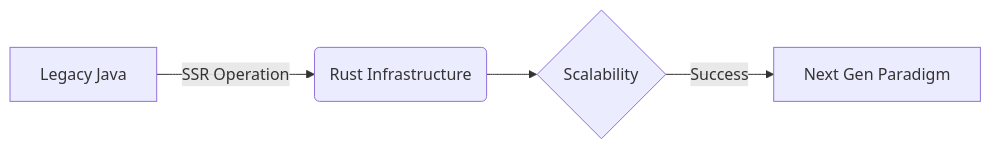
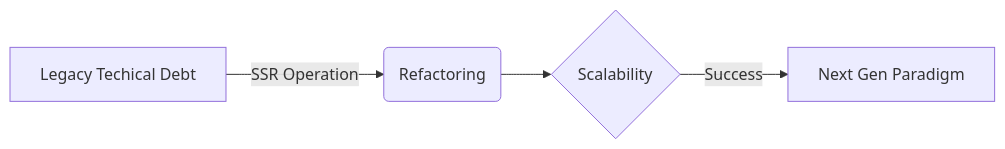
The diagram in README.md (sinwulok/sinwulok), drawn with Mermaid before and after one commit.

````diff
--- a/README.md
+++ b/README.md
@@ -25,8 +25,8 @@
 ```mermaid
 graph LR
 
-    A[Legacy Java] -- SSR Operation --> B(Rust Infrastructure)
+    A[Legacy Techical Debt] -- SSR Operation --> B(Refactoring)
     B --> C{Scalability}
     C -->|Success| D[Next Gen Paradigm]
 
 ```
````
